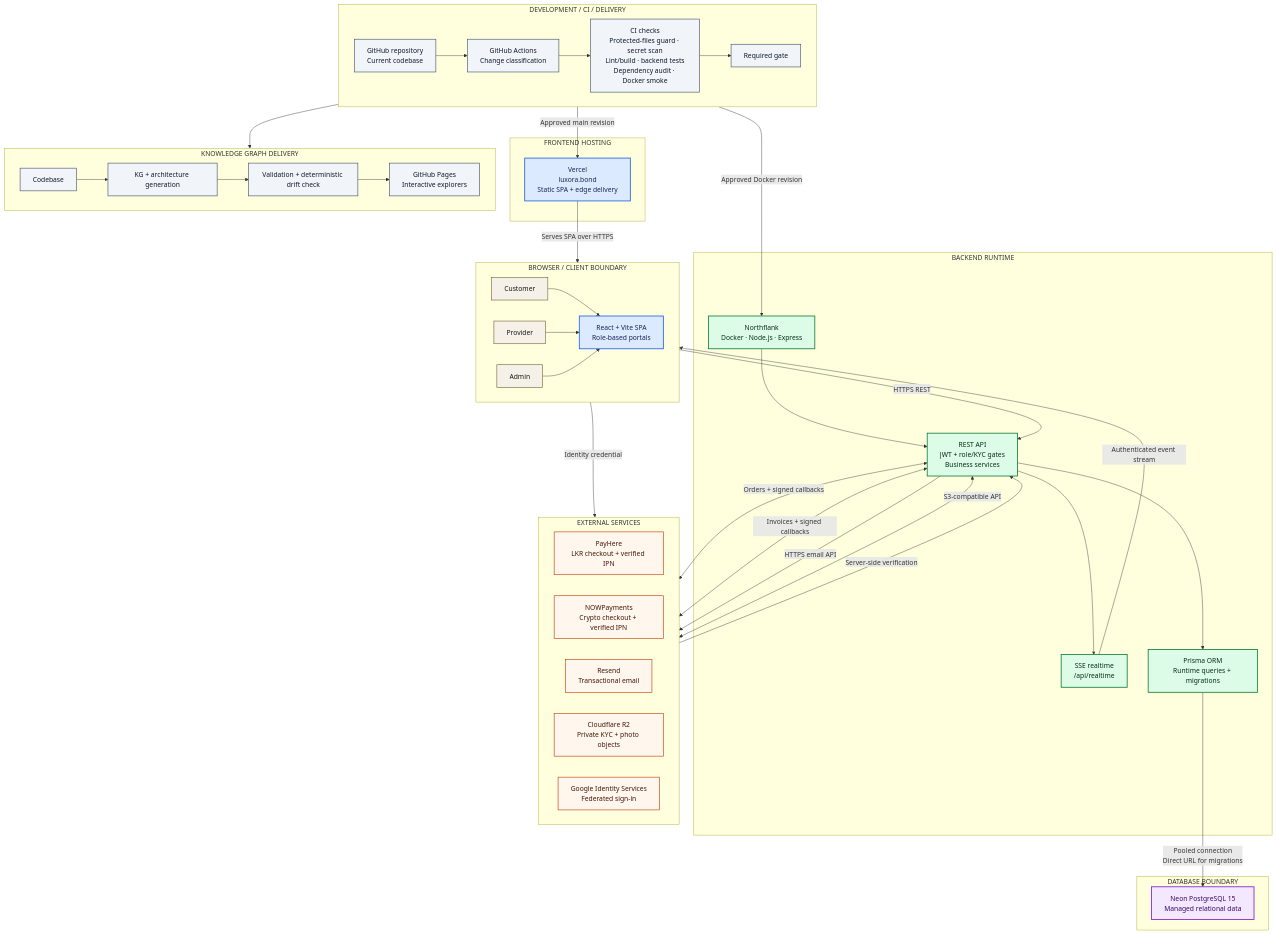
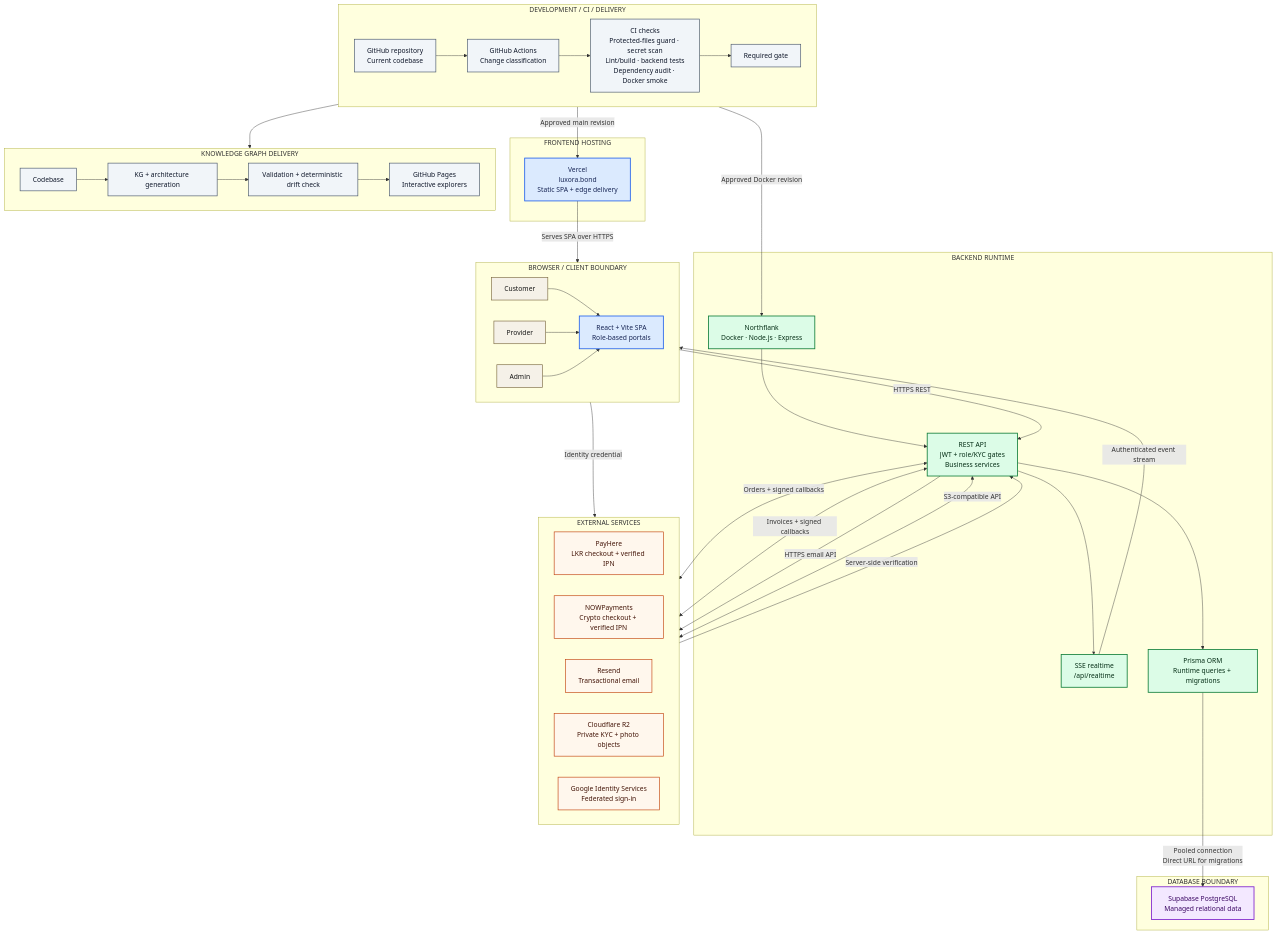
One commit to 4Raisan/Luxora_v1 changed the diagram in docs/architecture/luxora-high-level-architecture.mmd. Above: the diagram before and after it, drawn with Mermaid. The commit also changed 9 other files, not shown here.

Commit message:
fix supabase architecture and diagram labels

```diff
--- a/docs/architecture/luxora-high-level-architecture.mmd
+++ b/docs/architecture/luxora-high-level-architecture.mmd
@@ -1,85 +1,85 @@
 flowchart TB
     subgraph CLIENT["BROWSER / CLIENT BOUNDARY"]
         direction LR
         CUSTOMER["Customer"]
         PROVIDER["Provider"]
         ADMIN["Admin"]
         SPA["React + Vite SPA\nRole-based portals"]
         CUSTOMER --> SPA
         PROVIDER --> SPA
         ADMIN --> SPA
     end
 
     subgraph FRONTEND["FRONTEND HOSTING"]
         VERCEL["Vercel\nluxora.bond\nStatic SPA + edge delivery"]
     end
 
     subgraph BACKEND["BACKEND RUNTIME"]
         NORTHFLANK["Northflank\nDocker · Node.js · Express"]
         API["REST API\nJWT + role/KYC gates\nBusiness services"]
         REALTIME["SSE realtime\n/api/realtime"]
         PRISMA["Prisma ORM\nRuntime queries + migrations"]
         NORTHFLANK --> API
         API --> PRISMA
         API --> REALTIME
     end
 
     subgraph DATA["DATABASE BOUNDARY"]
-        NEON["Neon PostgreSQL 15\nManaged relational data"]
+        SUPABASE["Supabase PostgreSQL\nManaged relational data"]
     end
 
     subgraph EXTERNAL["EXTERNAL SERVICES"]
         direction LR
         PAYHERE["PayHere\nLKR checkout + verified IPN"]
         NOWPAYMENTS["NOWPayments\nCrypto checkout + verified IPN"]
         RESEND["Resend\nTransactional email"]
         R2["Cloudflare R2\nPrivate KYC + photo objects"]
         GOOGLE["Google Identity Services\nFederated sign-in"]
     end
 
     VERCEL -->|"Serves SPA over HTTPS"| SPA
     SPA -->|"HTTPS REST"| API
     REALTIME -->|"Authenticated event stream"| SPA
-    PRISMA -->|"Pooled connection\nDirect URL for migrations"| NEON
+    PRISMA -->|"Pooled connection\nDirect URL for migrations"| SUPABASE
     API <-->|"Orders + signed callbacks"| PAYHERE
     API <-->|"Invoices + signed callbacks"| NOWPAYMENTS
     API -->|"HTTPS email API"| RESEND
     API <-->|"S3-compatible API"| R2
     SPA -->|"Identity credential"| GOOGLE
     GOOGLE -->|"Server-side verification"| API
 
     subgraph DELIVERY["DEVELOPMENT / CI / DELIVERY"]
         direction LR
         CODE["GitHub repository\nCurrent codebase"]
         ACTIONS["GitHub Actions\nChange classification"]
         CHECKS["CI checks\nProtected-files guard · secret scan\nLint/build · backend tests\nDependency audit · Docker smoke"]
         GATE["Required gate"]
         CODE --> ACTIONS --> CHECKS --> GATE
     end
 
     GATE -->|"Approved main revision"| VERCEL
     GATE -->|"Approved Docker revision"| NORTHFLANK
 
     subgraph KG["KNOWLEDGE GRAPH DELIVERY"]
         direction LR
         KGSOURCE["Codebase"]
         KGGEN["KG + architecture generation"]
         KGVERIFY["Validation + deterministic drift check"]
         PAGES["GitHub Pages\nInteractive explorers"]
         KGSOURCE --> KGGEN --> KGVERIFY --> PAGES
     end
 
     CODE --> KGSOURCE
 
     classDef actor fill:#f5f1e8,stroke:#7c6a42,color:#171717,stroke-width:1.5px;
     classDef frontend fill:#dbeafe,stroke:#2563eb,color:#172554,stroke-width:2px;
     classDef backend fill:#dcfce7,stroke:#15803d,color:#052e16,stroke-width:2px;
     classDef data fill:#f3e8ff,stroke:#7e22ce,color:#3b0764,stroke-width:2px;
     classDef external fill:#fff7ed,stroke:#c2410c,color:#431407,stroke-width:1.5px;
     classDef delivery fill:#f1f5f9,stroke:#475569,color:#0f172a,stroke-width:1.5px;
     class CUSTOMER,PROVIDER,ADMIN actor;
     class SPA,VERCEL frontend;
     class NORTHFLANK,API,REALTIME,PRISMA backend;
-    class NEON data;
+    class SUPABASE data;
     class PAYHERE,NOWPAYMENTS,RESEND,R2,GOOGLE external;
     class CODE,ACTIONS,CHECKS,GATE,KGSOURCE,KGGEN,KGVERIFY,PAGES delivery;
```
